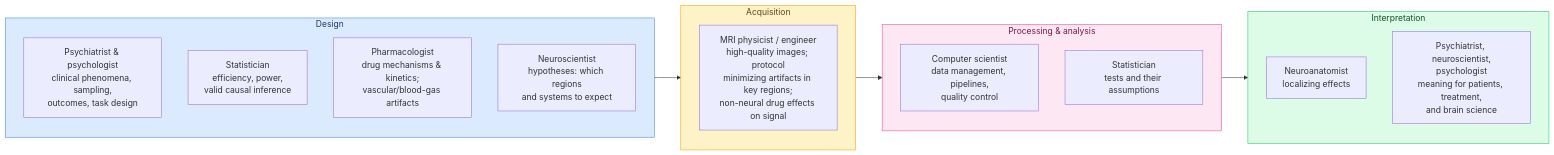
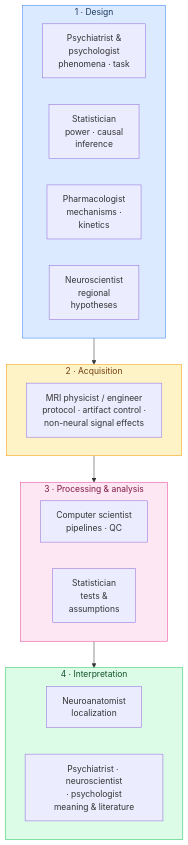
The second of 3 diagrams in part1/ch05-working-together-and-multidisciplinary-science.md (torwager/elements-of-fmri-tutorials), drawn with Mermaid before and after one commit. The commit also changed other lines of this file and 64 other files, not shown here.

First line of the commit message:
Polish batch A (ch 1-21): equation where-lines + hover tooltips, verbose comments, example outputs, resource links, figure rights + fixes, mermaid cleanup

````diff
--- a/part1/ch05-working-together-and-multidisciplinary-science.md
+++ b/part1/ch05-working-together-and-multidisciplinary-science.md
@@ -54,25 +54,28 @@
 ```{mermaid}
-flowchart LR
-    subgraph D["Design"]
-        D1["Psychiatrist & psychologist<br/>clinical phenomena, sampling,<br/>outcomes, task design"]
-        D2["Statistician<br/>efficiency, power,<br/>valid causal inference"]
-        D3["Pharmacologist<br/>drug mechanisms & kinetics;<br/>vascular/blood-gas artifacts"]
-        D4["Neuroscientist<br/>hypotheses: which regions<br/>and systems to expect"]
+flowchart TD
+    subgraph D["1 · Design"]
+        direction LR
+        D1["Psychiatrist &<br/>psychologist<br/>phenomena · task"]
+        D2["Statistician<br/>power · causal<br/>inference"]
+        D3["Pharmacologist<br/>mechanisms ·<br/>kinetics"]
+        D4["Neuroscientist<br/>regional<br/>hypotheses"]
     end
-    subgraph A["Acquisition"]
-        A1["MRI physicist / engineer<br/>high-quality images; protocol<br/>minimizing artifacts in key regions;<br/>non-neural drug effects on signal"]
+    subgraph A["2 · Acquisition"]
+        A1["MRI physicist / engineer<br/>protocol · artifact control ·<br/>non-neural signal effects"]
     end
-    subgraph C["Processing & analysis"]
-        C1["Computer scientist<br/>data management, pipelines,<br/>quality control"]
-        C2["Statistician<br/>tests and their assumptions"]
+    subgraph C["3 · Processing & analysis"]
+        direction LR
+        C1["Computer scientist<br/>pipelines · QC"]
+        C2["Statistician<br/>tests &<br/>assumptions"]
     end
-    subgraph I["Interpretation"]
-        I1["Neuroanatomist<br/>localizing effects"]
-        I2["Psychiatrist, neuroscientist,<br/>psychologist<br/>meaning for patients, treatment,<br/>and brain science"]
+    subgraph I["4 · Interpretation"]
+        direction LR
+        I1["Neuroanatomist<br/>localization"]
+        I2["Psychiatrist · neuroscientist<br/>· psychologist<br/>meaning & literature"]
     end
     D --> A --> C --> I
     style D fill:#dbeafe,stroke:#3b82f6,color:#1e3a5f
     style A fill:#fef3c7,stroke:#f59e0b,color:#713f12
     style C fill:#fce7f3,stroke:#ec4899,color:#831843
     style I fill:#dcfce7,stroke:#22c55e,color:#14532d
 ```
````
